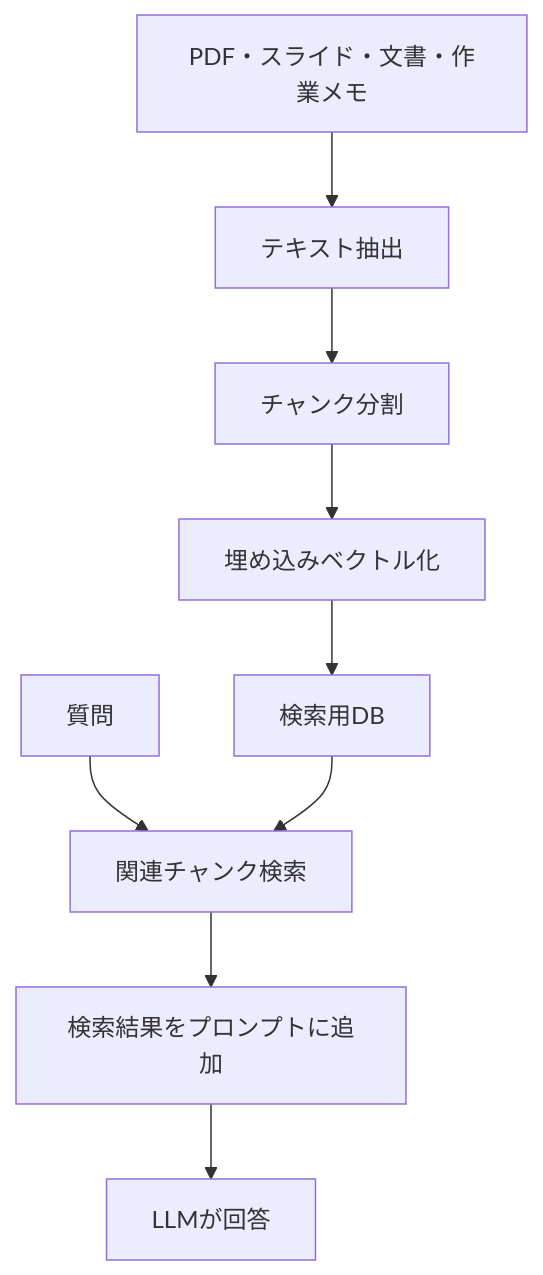
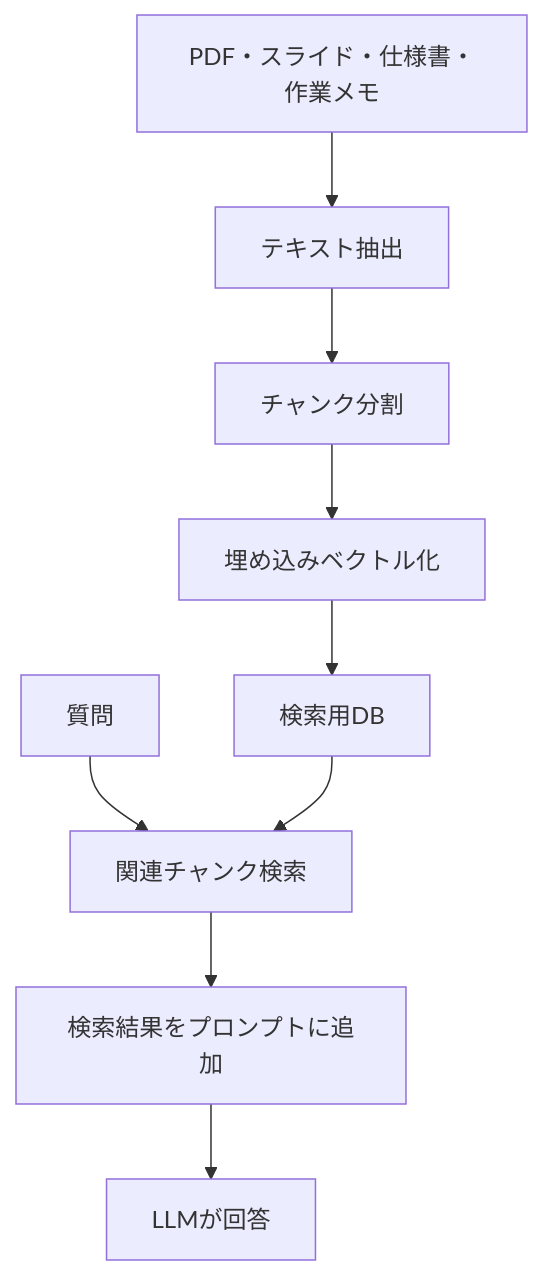
Before and after one commit to tomiokario/local-LLM: the diagram in docs/local-llm-customization/03-rag.md, drawn with Mermaid. The commit also changed other lines of this file and 43 other files, not shown here.

````diff
--- a/docs/local-llm-customization/03-rag.md
+++ b/docs/local-llm-customization/03-rag.md
@@ -11,11 +11,11 @@
 ```mermaid
 flowchart TD
-  A["PDF・スライド・文書・作業メモ"] --> B["テキスト抽出"]
+  A["PDF・スライド・仕様書・作業メモ"] --> B["テキスト抽出"]
   B --> C["チャンク分割"]
   C --> D["埋め込みベクトル化"]
   D --> E["検索用DB"]
   F["質問"] --> G["関連チャンク検索"]
   E --> G
   G --> H["検索結果をプロンプトに追加"]
   H --> I["LLMが回答"]
 ```
````
